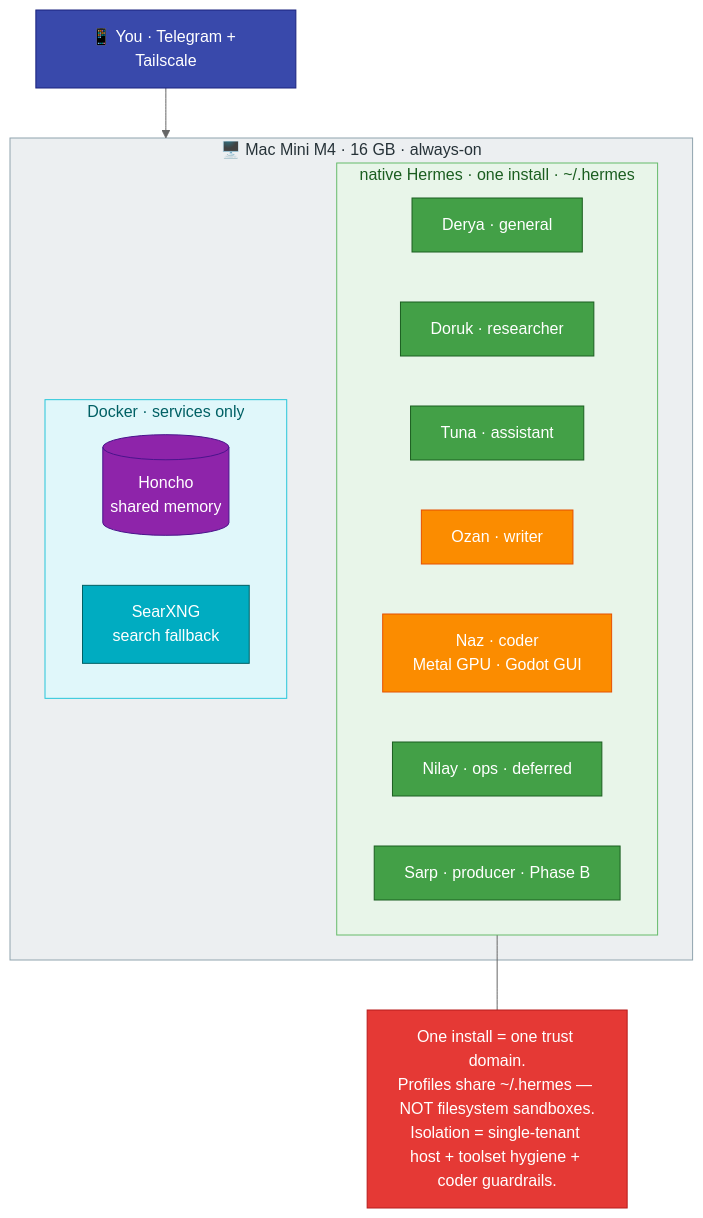
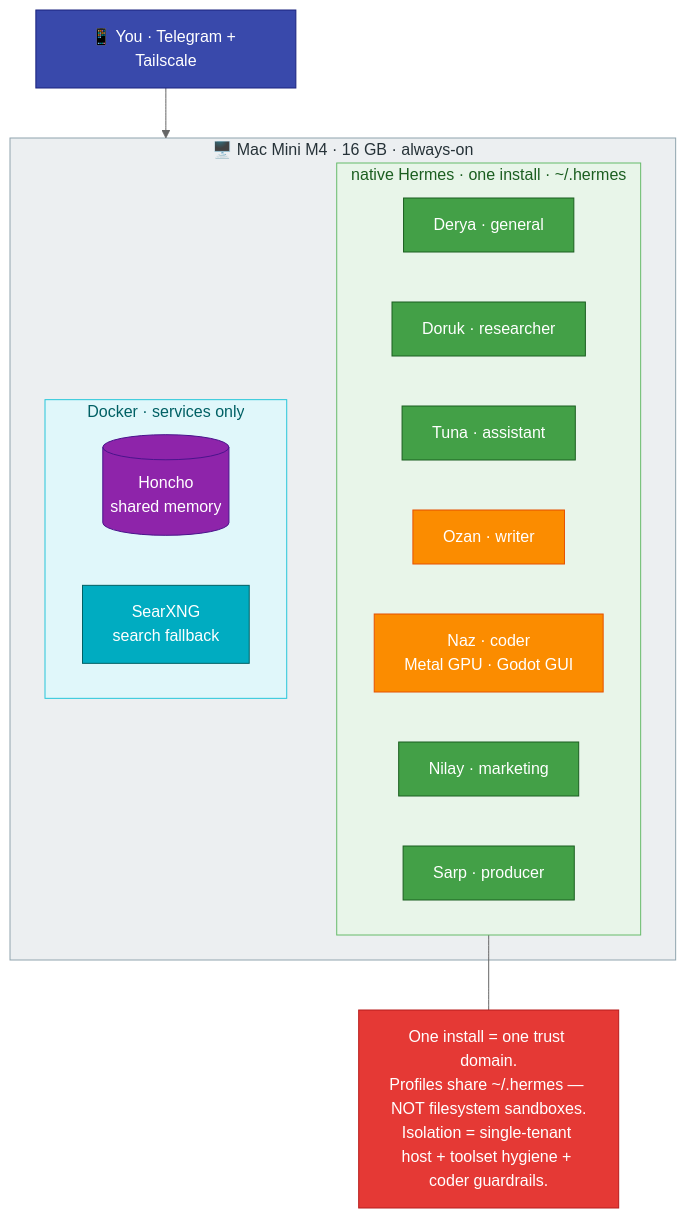
One commit to mpolatcan/hermes-setup changed the diagram in docs/01-architecture.md. Above: the diagram before and after it, drawn with Mermaid (neutral theme). The commit also changed other lines of this file and 12 other files, not shown here.

First line of the commit message:
refactor: repurpose 7th agent ops(Nilay/DevOps) -> marketing(Nilay)

````diff
--- a/docs/01-architecture.md
+++ b/docs/01-architecture.md
@@ -7,30 +7,30 @@
 ```mermaid
 flowchart TB
     subgraph mini["🖥️ Mac Mini M4 · 16 GB · always-on"]
         subgraph hermes["native Hermes · one install · ~/.hermes"]
             k["Derya · general"]:::mini
             m["Doruk · researcher"]:::mini
             u["Tuna · assistant"]:::mini
             w["Ozan · writer"]:::codex
             c["Naz · coder<br/>Metal GPU · Godot GUI"]:::codex
-            o["Nilay · ops · deferred"]:::mini
-            p["Sarp · producer · Phase B"]:::mini
+            o["Nilay · marketing"]:::mini
+            p["Sarp · producer"]:::mini
         end
         subgraph svc["Docker · services only"]
             Honcho[("Honcho<br/>shared memory")]:::infra
             SearXNG["SearXNG<br/>search fallback"]:::svc
         end
     end
     phone["📱 You · Telegram + Tailscale"]:::user --> mini
     note["One install = one trust domain.<br/>Profiles share ~/.hermes — NOT filesystem sandboxes.<br/>Isolation = single-tenant host + toolset hygiene + coder guardrails."]:::danger
     hermes --- note
     classDef user fill:#3949AB,stroke:#1A237E,color:#fff
     classDef mini fill:#43A047,stroke:#1B5E20,color:#fff
     classDef codex fill:#FB8C00,stroke:#E65100,color:#fff
     classDef infra fill:#8E24AA,stroke:#4A148C,color:#fff
     classDef svc fill:#00ACC1,stroke:#006064,color:#fff
     classDef danger fill:#E53935,stroke:#B71C1C,color:#fff
     style mini fill:#ECEFF1,stroke:#90A4AE,color:#263238
     style hermes fill:#E8F5E9,stroke:#66BB6A,color:#1B5E20
     style svc fill:#E0F7FA,stroke:#26C6DA,color:#006064
 ```
````
